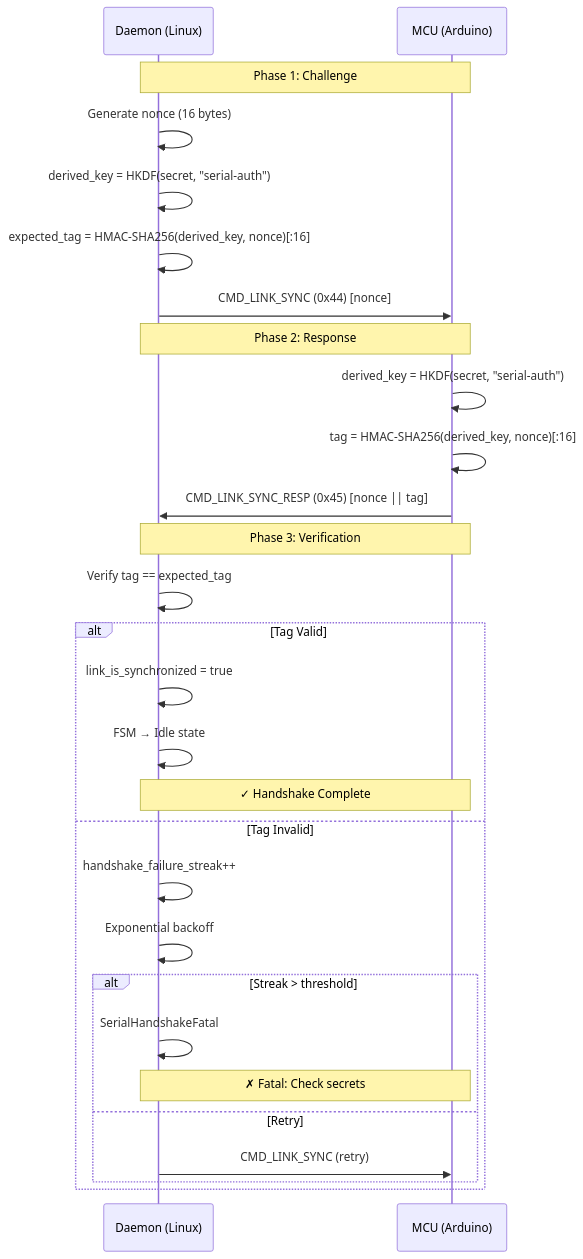
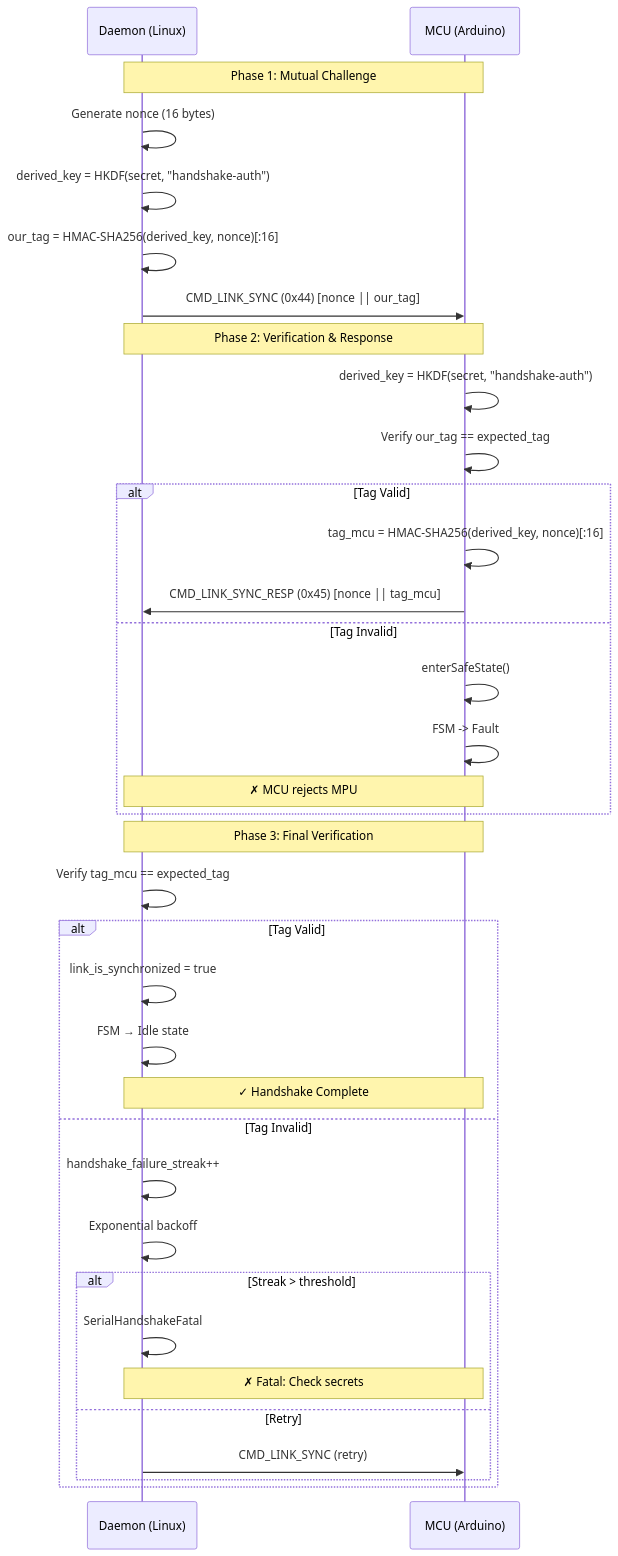
One commit to isantolin/arduino-yun-bridge2 changed the diagram in docs/PROTOCOL.md. Above: the diagram before and after it, drawn with Mermaid. The commit also changed other lines of this file, not shown here.

Commit message:
docs: update protocol for mutual authentication
- CMD_LINK_SYNC: Payload updated to 32 bytes (Nonce + Tag).
- Added Mutual Authentication sequence diagram.
- Documented DEBUG_INSECURE bypass.
- Updated hex dump example.

````diff
--- a/docs/PROTOCOL.md
+++ b/docs/PROTOCOL.md
@@ -431,33 +431,41 @@
 ```mermaid
 sequenceDiagram
     participant D as Daemon (Linux)
     participant M as MCU (Arduino)
 
-    Note over D,M: Phase 1: Challenge
+    Note over D,M: Phase 1: Mutual Challenge
     D->>D: Generate nonce (16 bytes)
-    D->>D: derived_key = HKDF(secret, "serial-auth")
-    D->>D: expected_tag = HMAC-SHA256(derived_key, nonce)[:16]
-    D->>M: CMD_LINK_SYNC (0x44) [nonce]
+    D->>D: derived_key = HKDF(secret, "handshake-auth")
+    D->>D: our_tag = HMAC-SHA256(derived_key, nonce)[:16]
+    D->>M: CMD_LINK_SYNC (0x44) [nonce || our_tag]
 
-    Note over D,M: Phase 2: Response
-    M->>M: derived_key = HKDF(secret, "serial-auth")
-    M->>M: tag = HMAC-SHA256(derived_key, nonce)[:16]
-    M->>D: CMD_LINK_SYNC_RESP (0x45) [nonce || tag]
+    Note over D,M: Phase 2: Verification & Response
+    M->>M: derived_key = HKDF(secret, "handshake-auth")
+    M->>M: Verify our_tag == expected_tag
+    
+    alt Tag Valid
+        M->>M: tag_mcu = HMAC-SHA256(derived_key, nonce)[:16]
+        M->>D: CMD_LINK_SYNC_RESP (0x45) [nonce || tag_mcu]
+    else Tag Invalid
+        M->>M: enterSafeState()
+        M->>M: FSM -> Fault
+        Note over D,M: ✗ MCU rejects MPU
+    end
 
-    Note over D,M: Phase 3: Verification
-    D->>D: Verify tag == expected_tag
+    Note over D,M: Phase 3: Final Verification
+    D->>D: Verify tag_mcu == expected_tag
     alt Tag Valid
         D->>D: link_is_synchronized = true
         D->>D: FSM → Idle state
         Note over D,M: ✓ Handshake Complete
     else Tag Invalid
         D->>D: handshake_failure_streak++
         D->>D: Exponential backoff
         alt Streak > threshold
             D->>D: SerialHandshakeFatal
             Note over D,M: ✗ Fatal: Check secrets
         else Retry
             D->>M: CMD_LINK_SYNC (retry)
         end
     end
 ```
````
